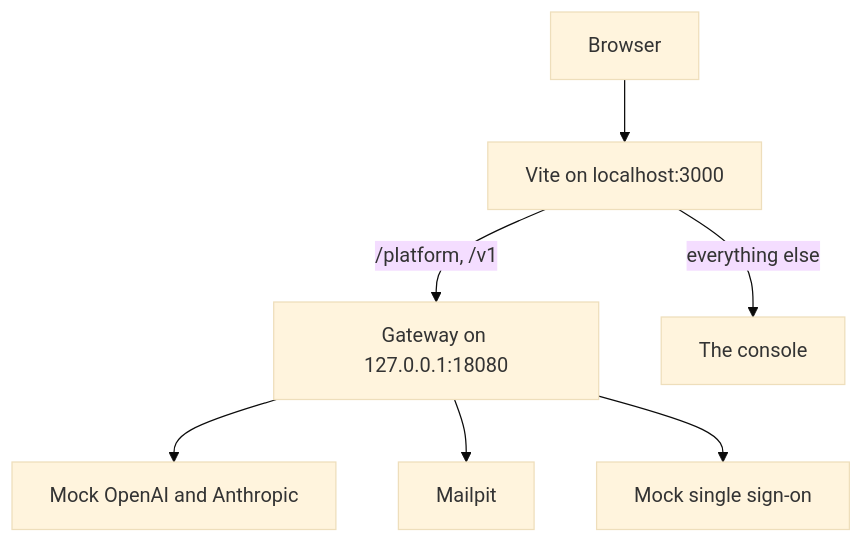
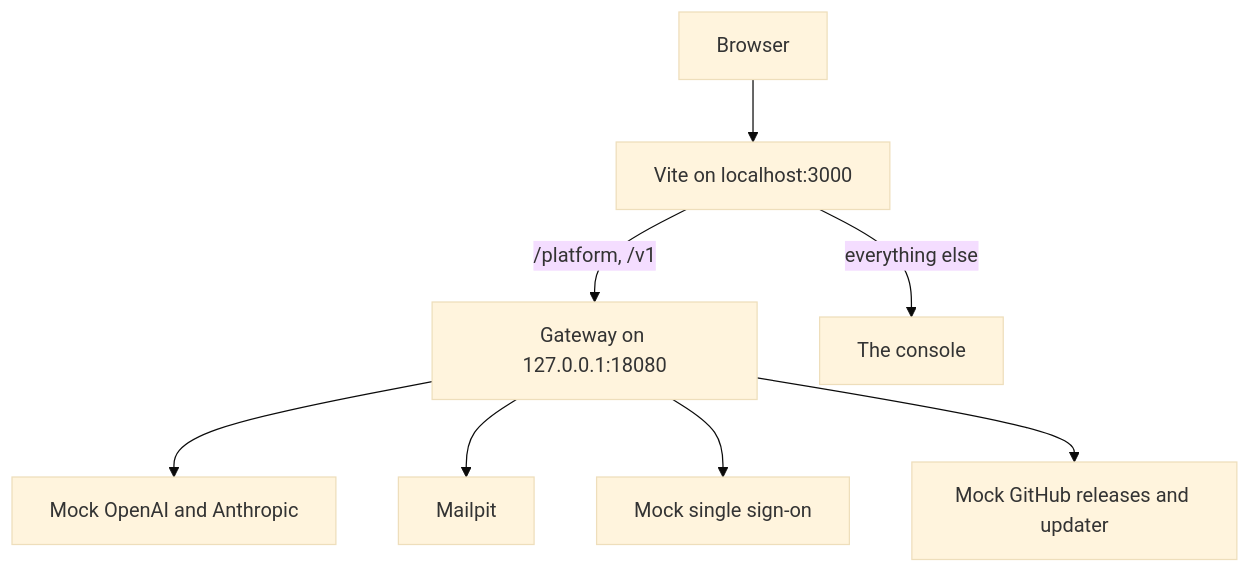
The diagram in apps/docs/content/en/development/local-setup.md (logicplanes/kaeso), drawn with Mermaid (base theme) before and after one commit. The commit also changed other lines of this file and 137 other files, not shown here.

First line of the commit message:
Check for Kaeso releases and update an install in one click through an opt-in updater

````diff
--- a/apps/docs/content/en/development/local-setup.md
+++ b/apps/docs/content/en/development/local-setup.md
@@ -86,11 +87,12 @@
 ```mermaid
 flowchart TD
   accTitle: The development stack
-  accDescr: The browser opens Vite on localhost:3000, which sends /platform and /v1 on to the gateway on 127.0.0.1:18080 and serves the console for everything else. The gateway calls the mock providers, Mailpit and the mock identity provider.
+  accDescr: The browser opens Vite on localhost:3000, which sends /platform and /v1 on to the gateway on 127.0.0.1:18080 and serves the console for everything else. The gateway calls the mock providers, Mailpit, the mock identity provider and the mock releases and updater.
   browser[Browser] --> vite[Vite on localhost:3000]
   vite -- /platform, /v1 --> gateway[Gateway on 127.0.0.1:18080]
   vite -- everything else --> console[The console]
   gateway --> provider[Mock OpenAI and Anthropic]
   gateway --> mail[Mailpit]
   gateway --> idp[Mock single sign-on]
+  gateway --> releases[Mock GitHub releases and updater]
 ```
````
